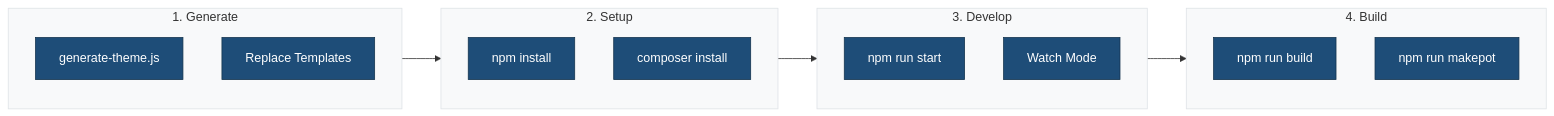
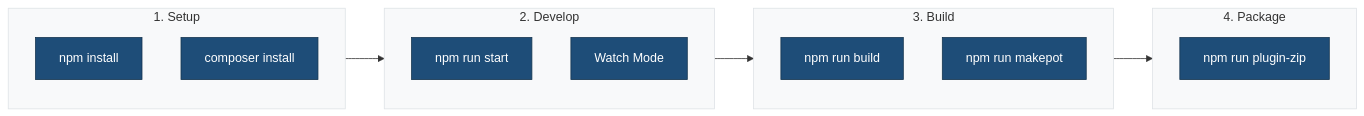
One commit to lightspeedwp/single-block-plugin-scaffold changed the diagram in docs/SETUP-SUMMARY.md. Above: the diagram before and after it, drawn with Mermaid. The commit also changed other lines of this file and 4 other files, not shown here.

````diff
--- a/docs/SETUP-SUMMARY.md
+++ b/docs/SETUP-SUMMARY.md
@@ -123,25 +144,24 @@
 ```mermaid
 %%{init: {'theme': 'base', 'themeVariables': { 'primaryColor': '#1e4d78', 'primaryTextColor': '#ffffff', 'primaryBorderColor': '#15354f', 'lineColor': '#333333', 'secondaryColor': '#f0f0f0', 'tertiaryColor': '#e8e8e8', 'background': '#ffffff', 'mainBkg': '#1e4d78', 'textColor': '#333333', 'nodeBorder': '#15354f', 'clusterBkg': '#f8f9fa', 'clusterBorder': '#dee2e6', 'titleColor': '#333333'}}}%%
 flowchart LR
-    subgraph Generate["1. Generate"]
-        Script["generate-theme.js"]
-        Config["Replace Templates"]
-    end
-
-    subgraph Setup["2. Setup"]
+    subgraph Setup["1. Setup"]
         Install["npm install"]
         Composer["composer install"]
     end
 
-    subgraph Develop["3. Develop"]
+    subgraph Develop["2. Develop"]
         Start["npm run start"]
         Watch["Watch Mode"]
     end
 
-    subgraph Build["4. Build"]
+    subgraph Build["3. Build"]
         Prod["npm run build"]
         i18n["npm run makepot"]
     end
 
-    Generate --> Setup --> Develop --> Build
+    subgraph Package["4. Package"]
+        Zip["npm run plugin-zip"]
+    end
+
+    Setup --> Develop --> Build --> Package
 ```
````
